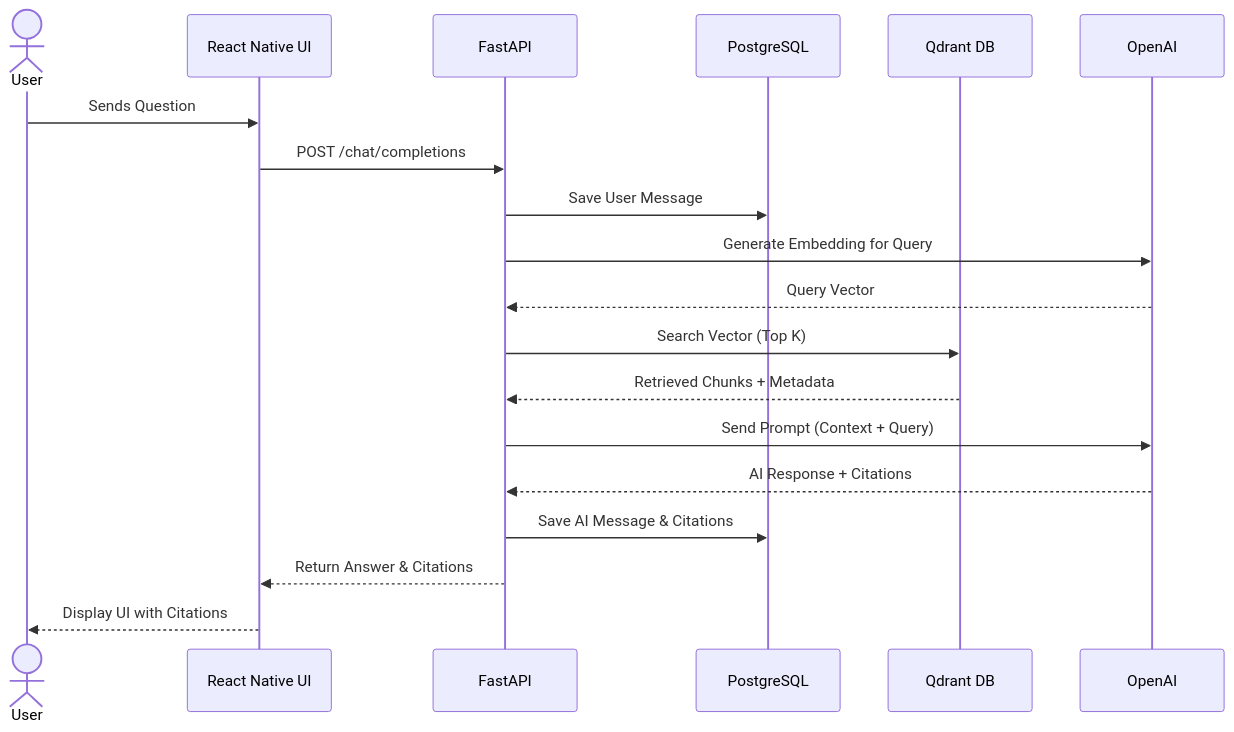
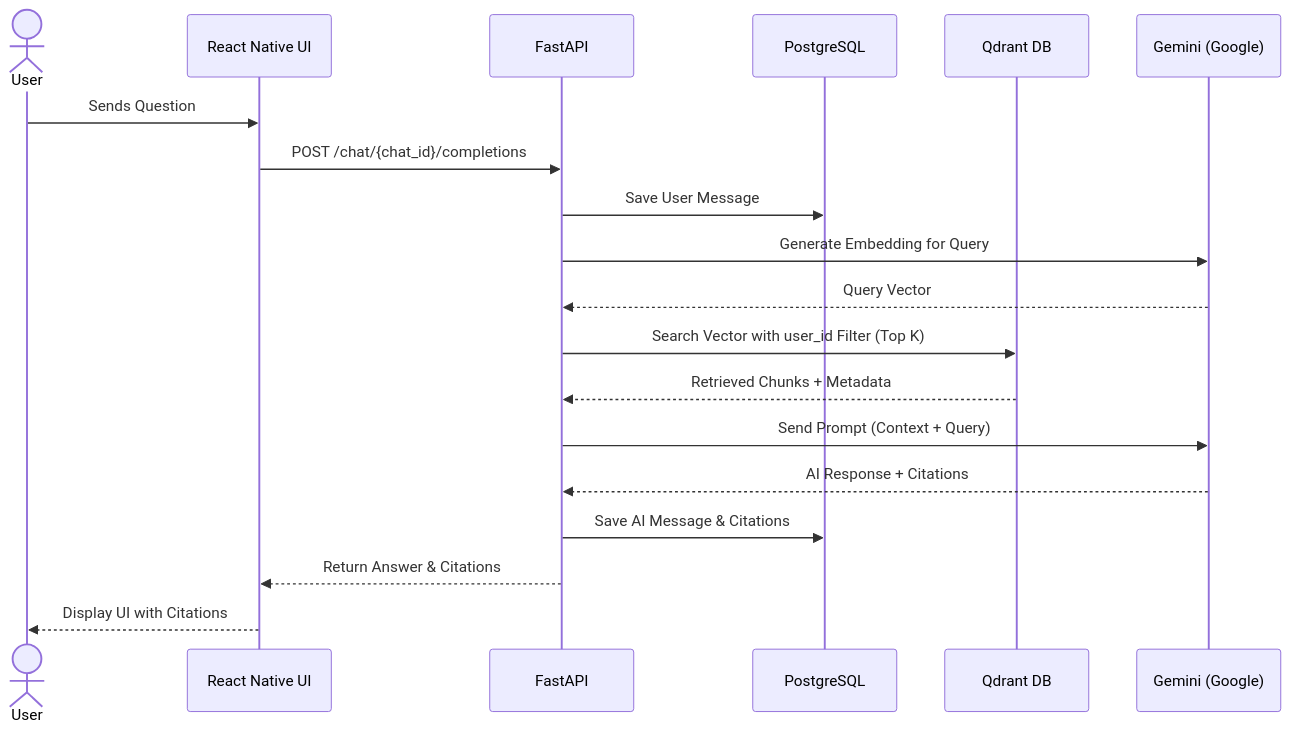
The first of 2 diagrams in software_design_document.md (BILALAKRAM27/Enterprise-AI), drawn with Mermaid before and after one commit. The commit also changed other lines of this file and 5 other files, not shown here.

````diff
--- a/software_design_document.md
+++ b/software_design_document.md
@@ -143,22 +153,22 @@
 ```mermaid
 sequenceDiagram
     actor User
     participant App as React Native UI
     participant API as FastAPI
     participant DB as PostgreSQL
     participant Qdrant as Qdrant DB
-    participant LLM as OpenAI
+    participant LLM as Gemini (Google)
 
     User->>App: Sends Question
-    App->>API: POST /chat/completions
+    App->>API: POST /chat/{chat_id}/completions
     API->>DB: Save User Message
     API->>LLM: Generate Embedding for Query
     LLM-->>API: Query Vector
-    API->>Qdrant: Search Vector (Top K)
+    API->>Qdrant: Search Vector with user_id Filter (Top K)
     Qdrant-->>API: Retrieved Chunks + Metadata
     API->>LLM: Send Prompt (Context + Query)
     LLM-->>API: AI Response + Citations
     API->>DB: Save AI Message & Citations
     API-->>App: Return Answer & Citations
     App-->>User: Display UI with Citations
 ```
````
